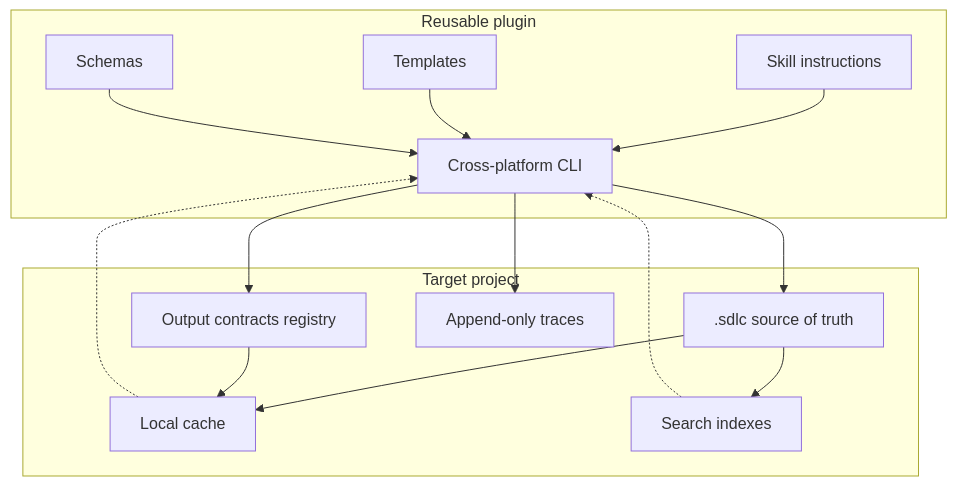
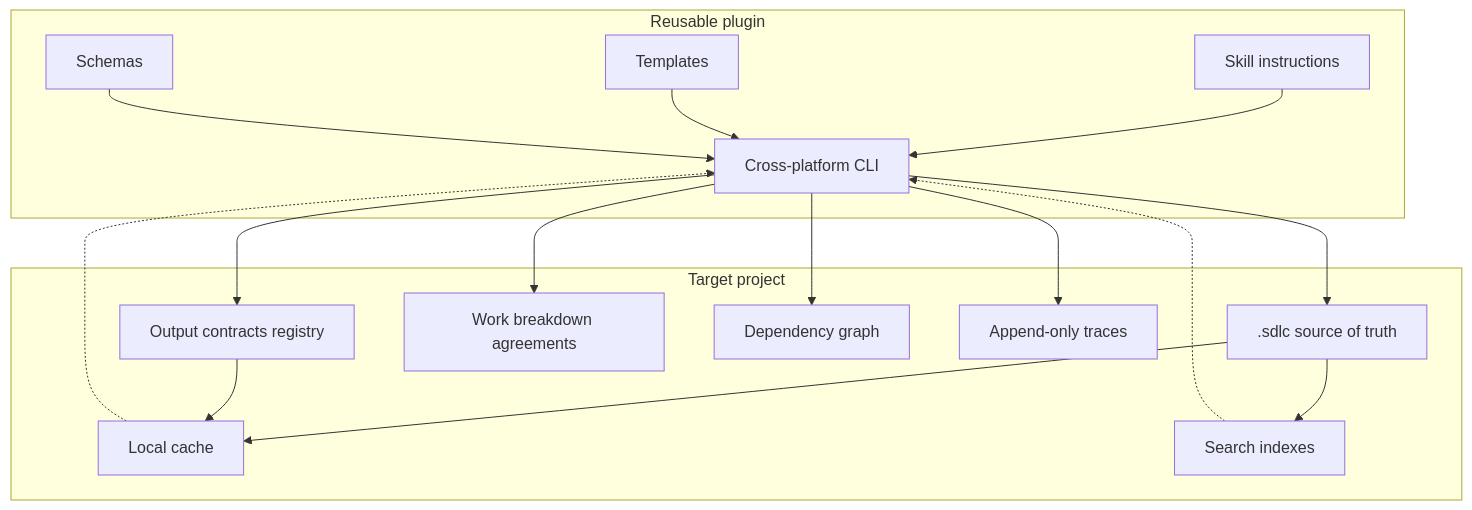
The first of 7 diagrams in docs/architecture.md (aantenore/agentic-sdlc-codex-plugin), drawn with Mermaid before and after one commit. The commit also changed other lines of this file and 8 other files, not shown here.

````diff
--- a/docs/architecture.md
+++ b/docs/architecture.md
@@ -28,29 +31,33 @@
 ```mermaid
 flowchart TB
   subgraph Plugin["Reusable plugin"]
     Skill["Skill instructions"]
     Templates["Templates"]
     Schemas["Schemas"]
     CLI["Cross-platform CLI"]
   end
 
   subgraph Project["Target project"]
     KB[".sdlc source of truth"]
     OutputRegistry["Output contracts registry"]
+    Breakdown["Work breakdown agreements"]
+    Dependencies["Dependency graph"]
     Traces["Append-only traces"]
     Cache["Local cache"]
     Indexes["Search indexes"]
   end
 
   Skill --> CLI
   Templates --> CLI
   Schemas --> CLI
   CLI --> KB
   CLI --> OutputRegistry
+  CLI --> Breakdown
+  CLI --> Dependencies
   CLI --> Traces
   KB --> Cache
   KB --> Indexes
   OutputRegistry --> Cache
   Cache -.-> CLI
   Indexes -.-> CLI
 ```
````
